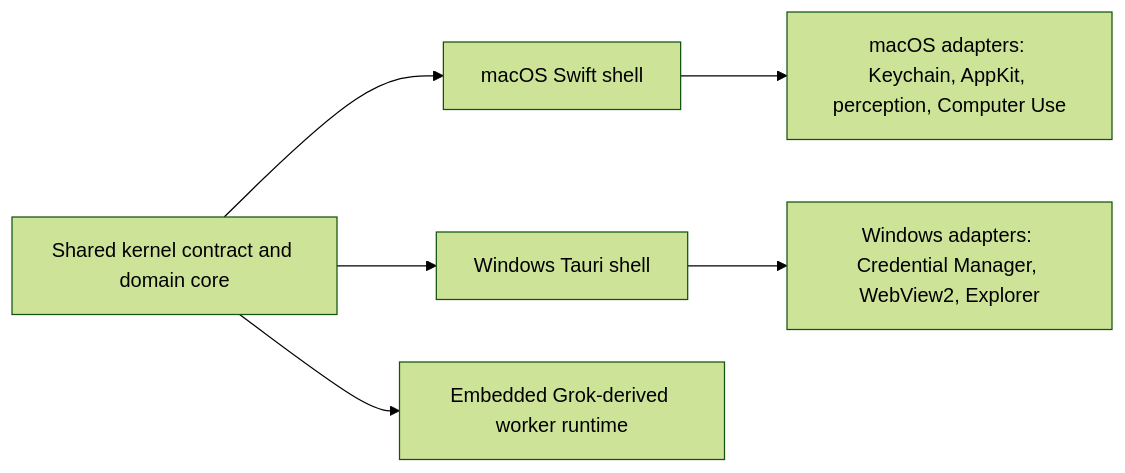
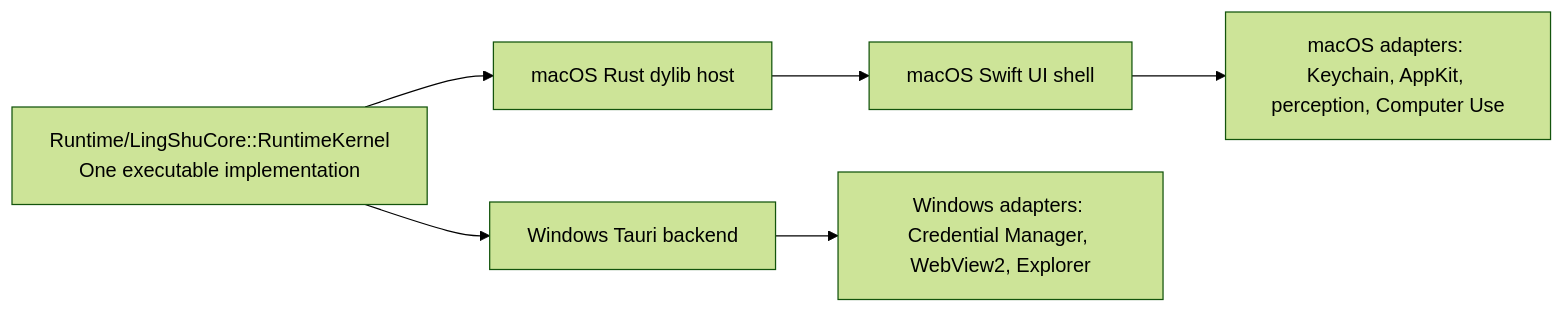
The diagram in Docs/WINDOWS.md (RoyZhao1991/LingShu), drawn with Mermaid (forest theme) before and after one commit. The commit also changed other lines of this file and 24 other files, not shown here.

Commit message:
Unify macOS and Windows on shared runtime kernel

````diff
--- a/Docs/WINDOWS.md
+++ b/Docs/WINDOWS.md
@@ -7,8 +7,8 @@
 ```mermaid
 flowchart LR
-    C["Shared kernel contract and domain core"] --> M["macOS Swift shell"]
-    C --> W["Windows Tauri shell"]
-    C --> R["Embedded Grok-derived worker runtime"]
+    K["Runtime/LingShuCore::RuntimeKernel\nOne executable implementation"] --> H["macOS Rust dylib host"]
+    K --> W["Windows Tauri backend"]
+    H --> M["macOS Swift UI shell"]
     M --> A["macOS adapters: Keychain, AppKit, perception, Computer Use"]
     W --> B["Windows adapters: Credential Manager, WebView2, Explorer"]
 ```
````
